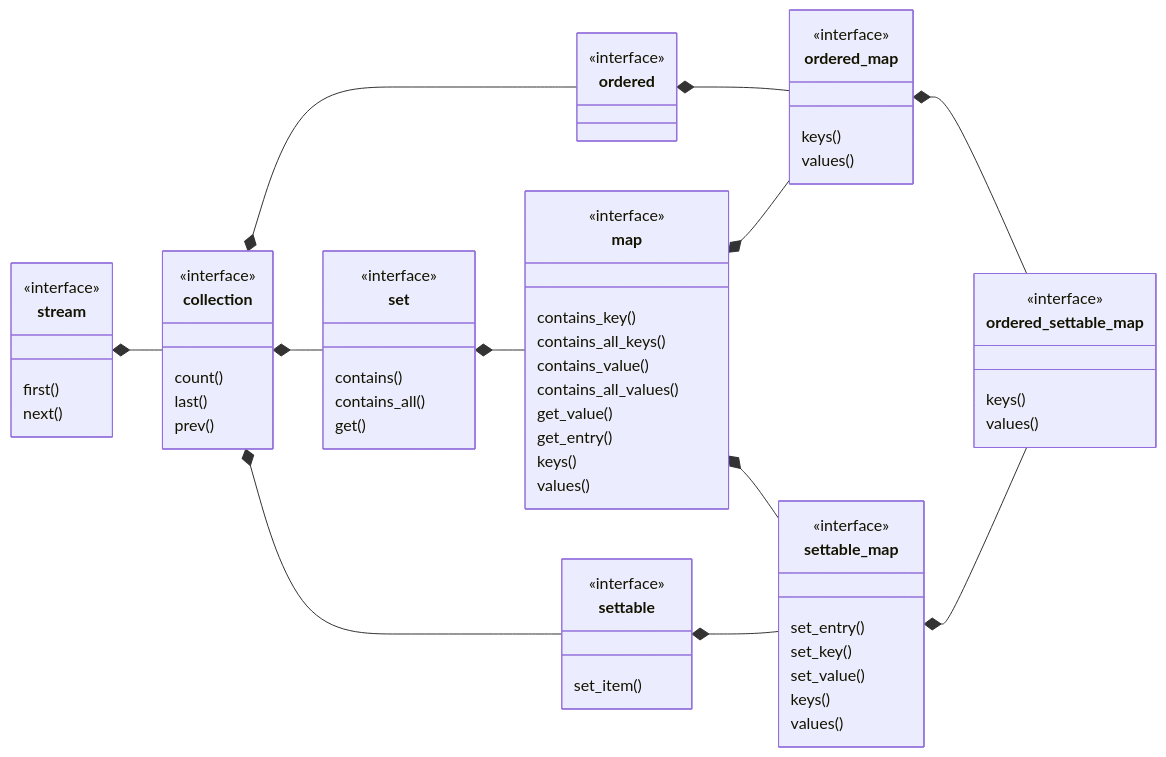
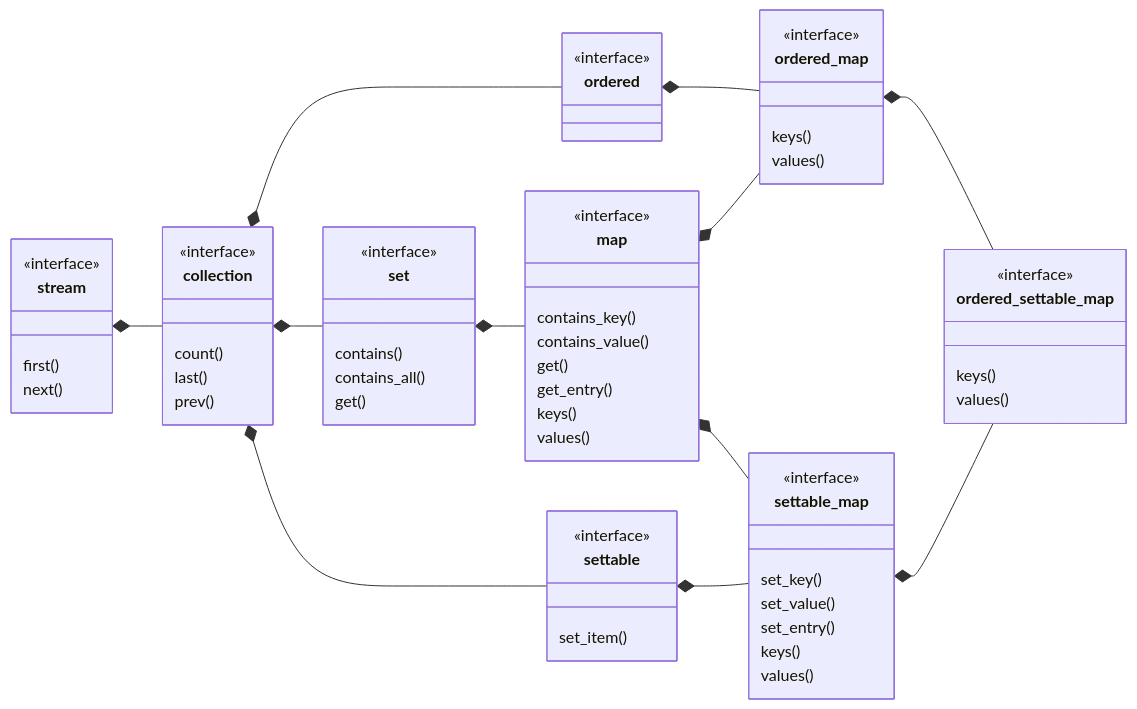
One commit to pretore/aquarium-butterflyfish changed the diagram in doc/ordered_settable_map.md. Above: the diagram before and after it, drawn with Mermaid. The commit also changed 24 other files, not shown here.

````diff
--- a/doc/ordered_settable_map.md
+++ b/doc/ordered_settable_map.md
@@ -3,67 +3,65 @@
 ```mermaid
 classDiagram
     direction LR
     class stream {
         first()
         next()
     }
     <<interface>> stream
     class collection {
         count()
         last()
         prev()
     }
     <<interface>> collection
     stream *-- collection
     class ordered
     <<interface>> ordered
     collection *-- ordered
     class set {
         contains()
         contains_all()
         get()
     }
     <<interface>> set
     collection *-- set
     class settable {
         set_item()
     }
     <<interface>> settable
     collection *-- settable
     class map {
         contains_key()
-        contains_all_keys()
         contains_value()
-        contains_all_values()
-        get_value()
+        get()
         get_entry()
         keys()
         values()
     }
     <<interface>> map
     set *-- map
     class ordered_map {
         keys()
         values()
     }
     <<interface>> ordered_map
     map *-- ordered_map
     ordered *-- ordered_map
     class settable_map {
-        set_entry()
         set_key()
         set_value()
+        set_entry()
         keys()
         values()
     }
     <<interface>> settable_map
     map *-- settable_map
     settable *-- settable_map
     class ordered_settable_map {
         keys()
         values()
     }
     <<interface>> ordered_settable_map
     settable_map *-- ordered_settable_map
     ordered_map *-- ordered_settable_map
 ```
````
